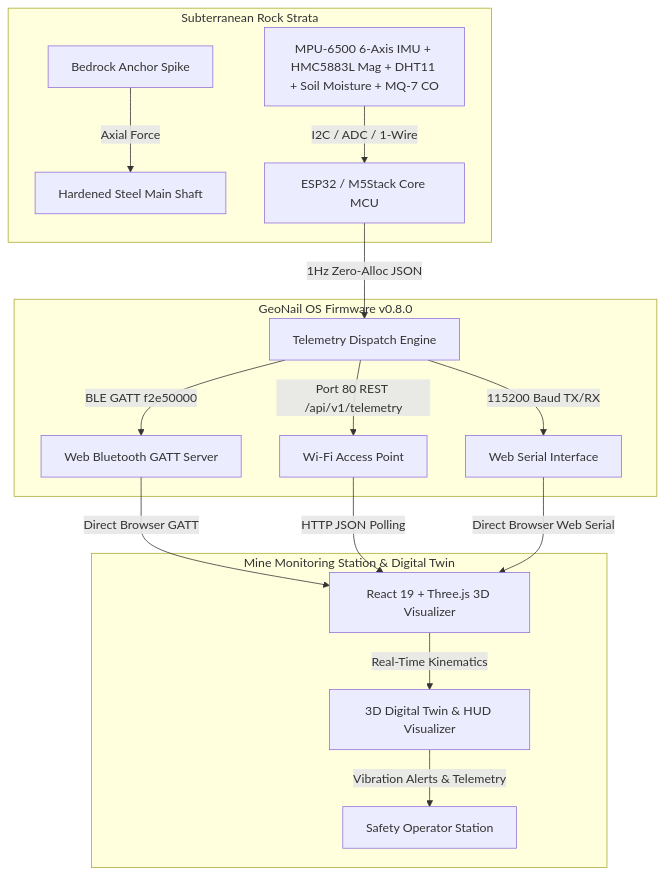
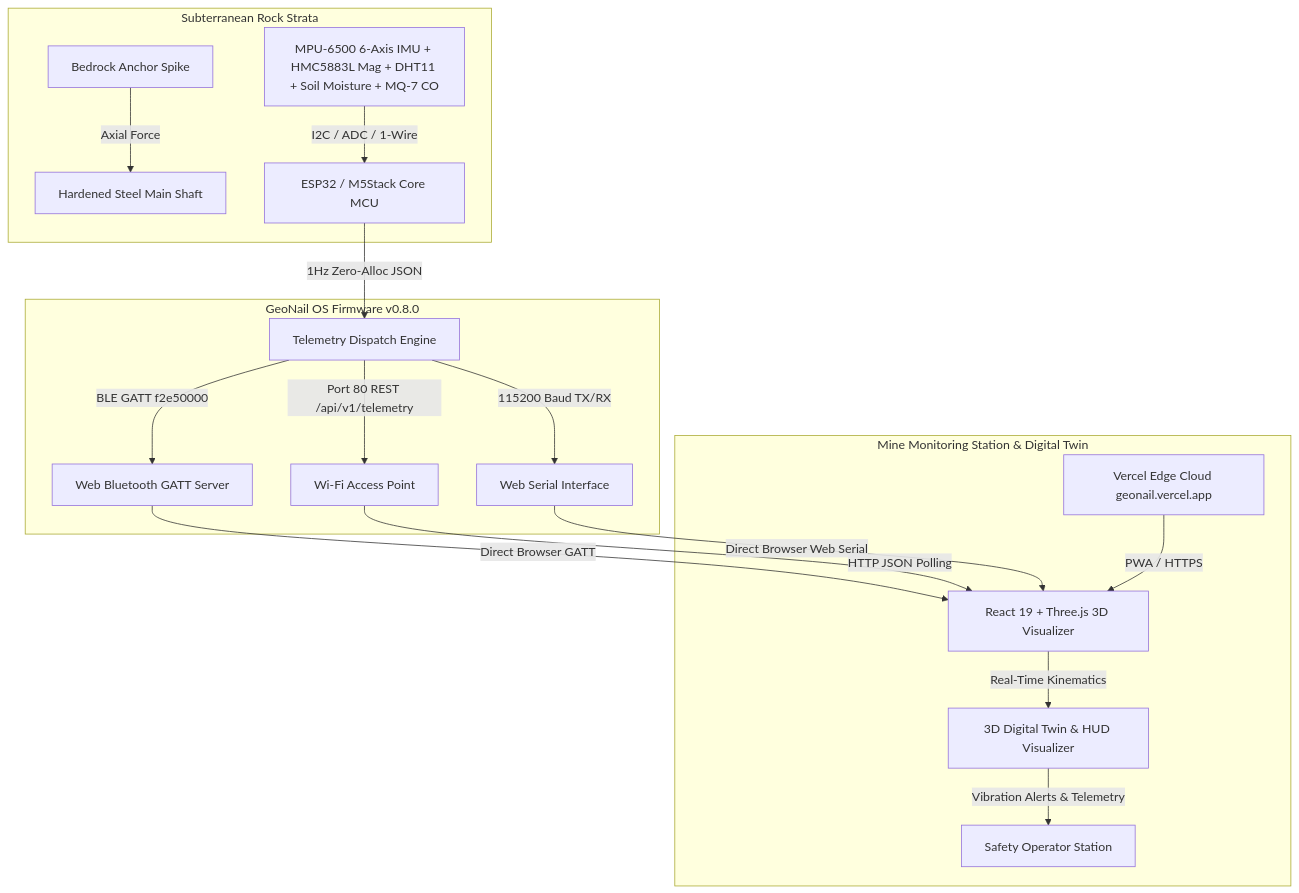
Before and after one commit to Yogarathinam/GeoNail_SIH26025: the second of 2 diagrams in README.md, drawn with Mermaid. The commit also changed other lines of this file and 4 other files, not shown here.

Commit message:
feat: add live production deployment URL (geonail.vercel.app) to README, docs, and visualizer

````diff
--- a/README.md
+++ b/README.md
@@ -142,22 +146,23 @@
 ```mermaid
 graph TD
     subgraph Subterranean Rock Strata
         Spike[Bedrock Anchor Spike] -->|Axial Force| Shaft[Hardened Steel Main Shaft]
         Sensors[MPU-6500 6-Axis IMU + HMC5883L Mag + DHT11 + Soil Moisture + MQ-7 CO] -->|I2C / ADC / 1-Wire| MCU[ESP32 / M5Stack Core MCU]
     end
 
     subgraph GeoNail OS Firmware v0.8.0
         MCU -->|1Hz Zero-Alloc JSON| Core[Telemetry Dispatch Engine]
         Core -->|BLE GATT f2e50000| BLE[Web Bluetooth GATT Server]
         Core -->|Port 80 REST /api/v1/telemetry| WiFi[Wi-Fi Access Point]
         Core -->|115200 Baud TX/RX| Serial[Web Serial Interface]
     end
 
     subgraph Mine Monitoring Station & Digital Twin
         BLE -->|Direct Browser GATT| WebApp[React 19 + Three.js 3D Visualizer]
         WiFi -->|HTTP JSON Polling| WebApp
         Serial -->|Direct Browser Web Serial| WebApp
+        Cloud[Vercel Edge Cloud geonail.vercel.app] -->|PWA / HTTPS| WebApp
         WebApp -->|Real-Time Kinematics| Twin[3D Digital Twin & HUD Visualizer]
         Twin -->|Vibration Alerts & Telemetry| HUD[Safety Operator Station]
     end
 ```
````
